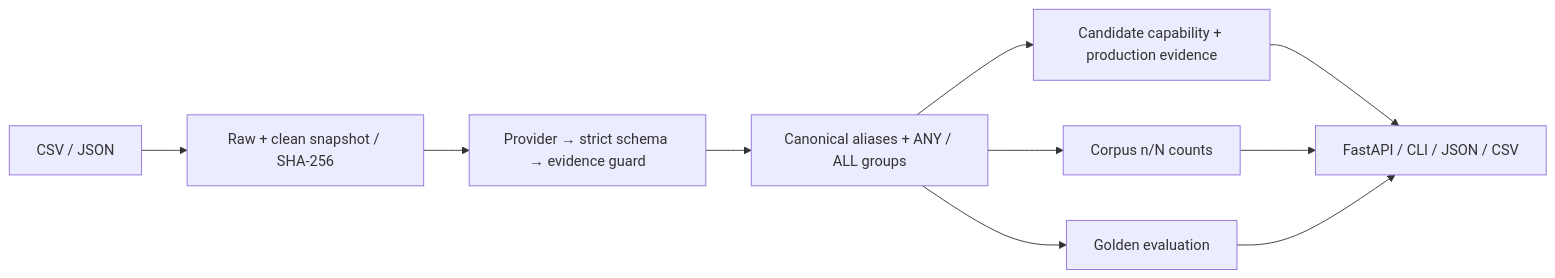
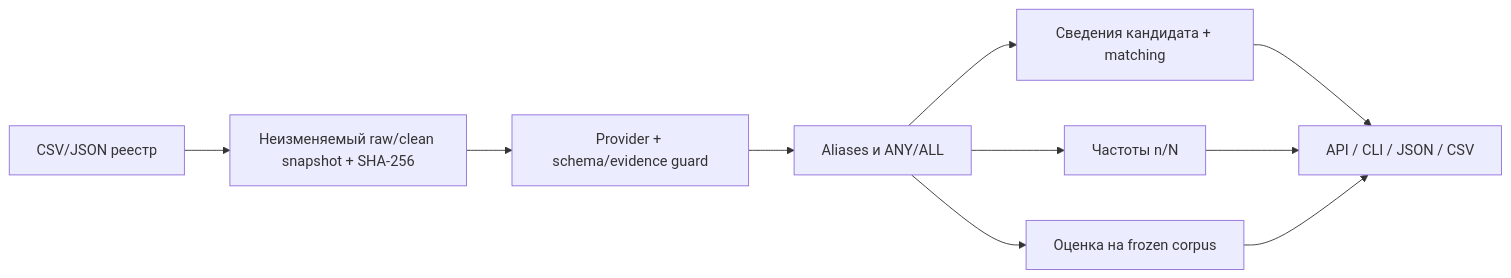
One commit to newdarwindev/JobIntelAI changed the diagram in README.md. Above: the diagram before and after it, drawn with Mermaid. The commit also changed other lines of this file and 71 other files, not shown here.

````diff
--- a/README.md
+++ b/README.md
@@ -99,12 +60,12 @@
 ```mermaid
 flowchart LR
-    Import[CSV / JSON] --> Snapshot[Raw + clean snapshot / SHA-256]
-    Snapshot --> Extract[Provider → strict schema → evidence guard]
-    Extract --> Normalize[Canonical aliases + ANY / ALL groups]
-    Normalize --> Match[Candidate capability + production evidence]
-    Normalize --> Counts[Corpus n/N counts]
-    Normalize --> Eval[Golden evaluation]
-    Match --> API[FastAPI / CLI / JSON / CSV]
-    Counts --> API
-    Eval --> API
+    R[CSV/JSON реестр] --> S[Неизменяемый raw/clean snapshot + SHA-256]
+    S --> P[Provider + schema/evidence guard]
+    P --> N[Aliases и ANY/ALL]
+    N --> M[Сведения кандидата + matching]
+    N --> A[Частоты n/N]
+    N --> E[Оценка на frozen corpus]
+    M --> O[API / CLI / JSON / CSV]
+    A --> O
+    E --> O
 ```
````
